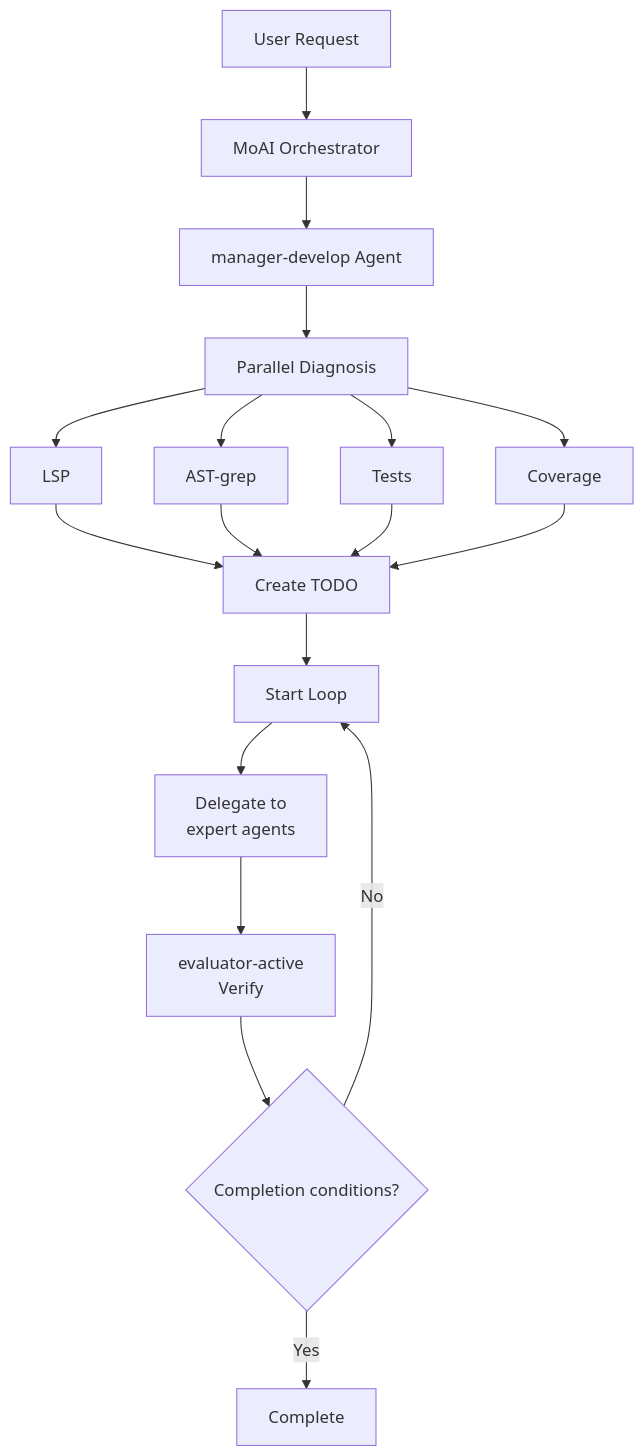
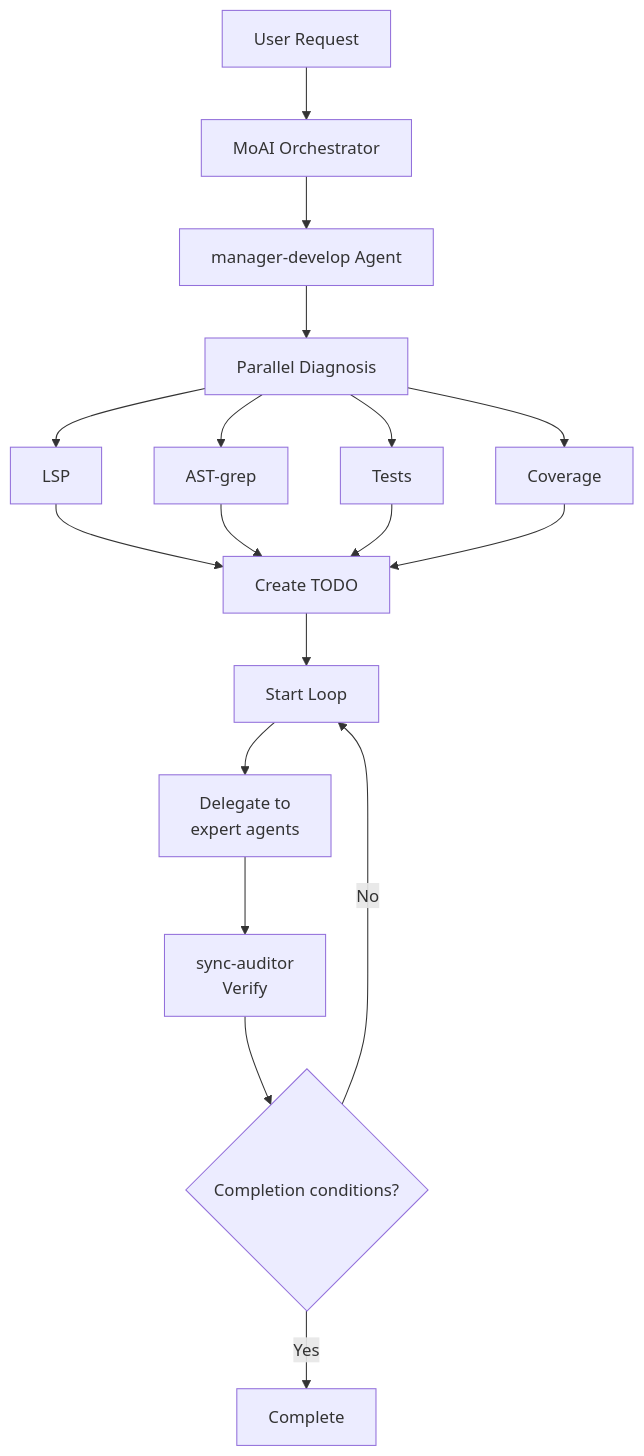
One commit to modu-ai/moai-adk changed the fourth of 4 diagrams in docs-site/content/en/utility-commands/moai-loop.md. Above: the diagram before and after it, drawn with Mermaid. The commit also changed other lines of this file and 149 other files, not shown here.

First line of the commit message:
chore(agents): evaluator-active를 sync-auditor로 rename (plan-auditor phase 대칭)

````diff
--- a/docs-site/content/en/utility-commands/moai-loop.md
+++ b/docs-site/content/en/utility-commands/moai-loop.md
@@ -199,25 +199,25 @@
 ```mermaid
 flowchart TD
     User["User Request"] --> Orchestrator["MoAI Orchestrator"]
     Orchestrator --> ManagerDDD["manager-develop Agent"]
 
     ManagerDDD --> Diagnose["Parallel Diagnosis"]
     Diagnose --> LSP["LSP"]
     Diagnose --> AST["AST-grep"]
     Diagnose --> Test["Tests"]
     Diagnose --> Cov["Coverage"]
 
     LSP --> Todo["Create TODO"]
     AST --> Todo
     Test --> Todo
     Cov --> Todo
 
     Todo --> Loop["Start Loop"]
 
     Loop --> Fix["Delegate to<br/>expert agents"]
-    Fix --> Verify["evaluator-active<br/>Verify"]
+    Fix --> Verify["sync-auditor<br/>Verify"]
 
     Verify --> Complete{"Completion conditions?"}
     Complete -->|No| Loop
     Complete -->|Yes| Done["Complete"]
 ```
````
